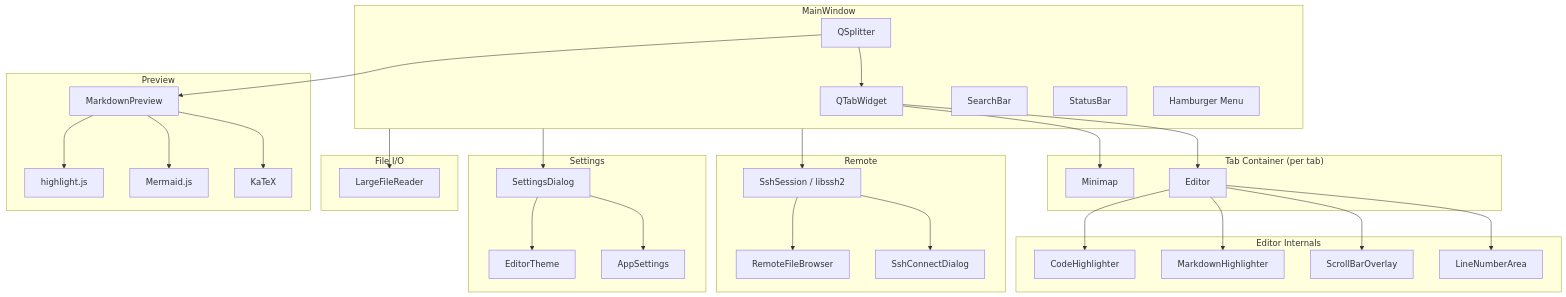
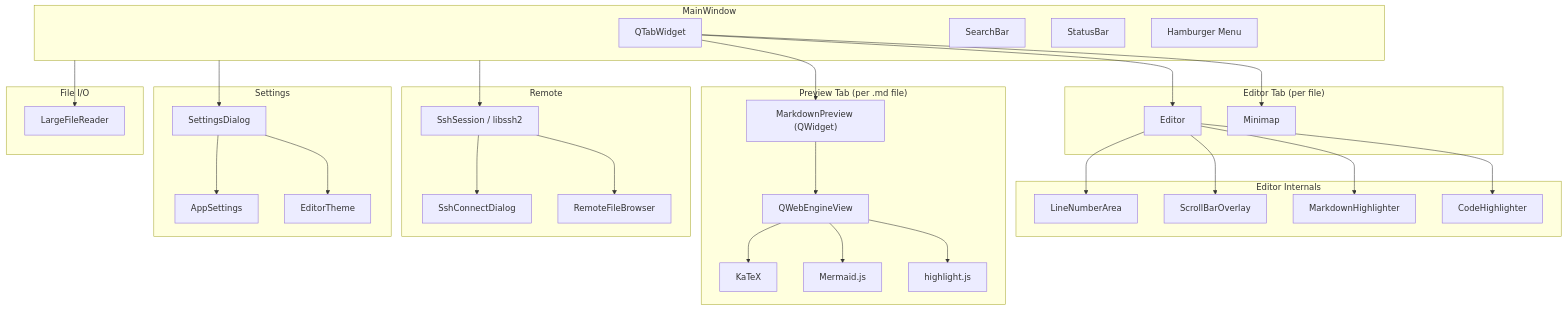
One commit to dkrse/text-ed changed the first of 10 diagrams in docs/diagrams.md. Above: the diagram before and after it, drawn with Mermaid. The commit also changed other lines of this file and 8 other files, not shown here.

````diff
--- a/docs/diagrams.md
+++ b/docs/diagrams.md
@@ -7,64 +7,64 @@
 ```mermaid
 graph TB
     subgraph MainWindow
         TW[QTabWidget]
-        SP[QSplitter]
         SB[SearchBar]
         STB[StatusBar]
         HM[Hamburger Menu]
     end
 
-    subgraph "Tab Container (per tab)"
+    subgraph "Editor Tab (per file)"
         ED[Editor]
         MM[Minimap]
     end
 
     subgraph Editor Internals
         LNA[LineNumberArea]
         SBO[ScrollBarOverlay]
         MH[MarkdownHighlighter]
         CH[CodeHighlighter]
     end
 
-    subgraph Preview
-        MP[MarkdownPreview]
+    subgraph "Preview Tab (per .md file)"
+        MP["MarkdownPreview (QWidget)"]
+        WV[QWebEngineView]
         KT[KaTeX]
         MJ[Mermaid.js]
         HJS[highlight.js]
     end
 
     subgraph Remote
         SSH[SshSession / libssh2]
         SCD[SshConnectDialog]
         RFB[RemoteFileBrowser]
     end
 
     subgraph Settings
         SD[SettingsDialog]
         AS[AppSettings]
         ET[EditorTheme]
     end
 
     subgraph File I/O
         LFR[LargeFileReader]
     end
 
     TW --> ED
     TW --> MM
-    SP --> TW
-    SP --> MP
+    TW --> MP
+    MP --> WV
+    WV --> KT
+    WV --> MJ
+    WV --> HJS
     ED --> LNA
     ED --> SBO
     ED --> MH
     ED --> CH
-    MP --> KT
-    MP --> MJ
-    MP --> HJS
     MainWindow --> SSH
     SSH --> SCD
     SSH --> RFB
     MainWindow --> SD
     SD --> AS
     SD --> ET
     MainWindow --> LFR
 ```
````
